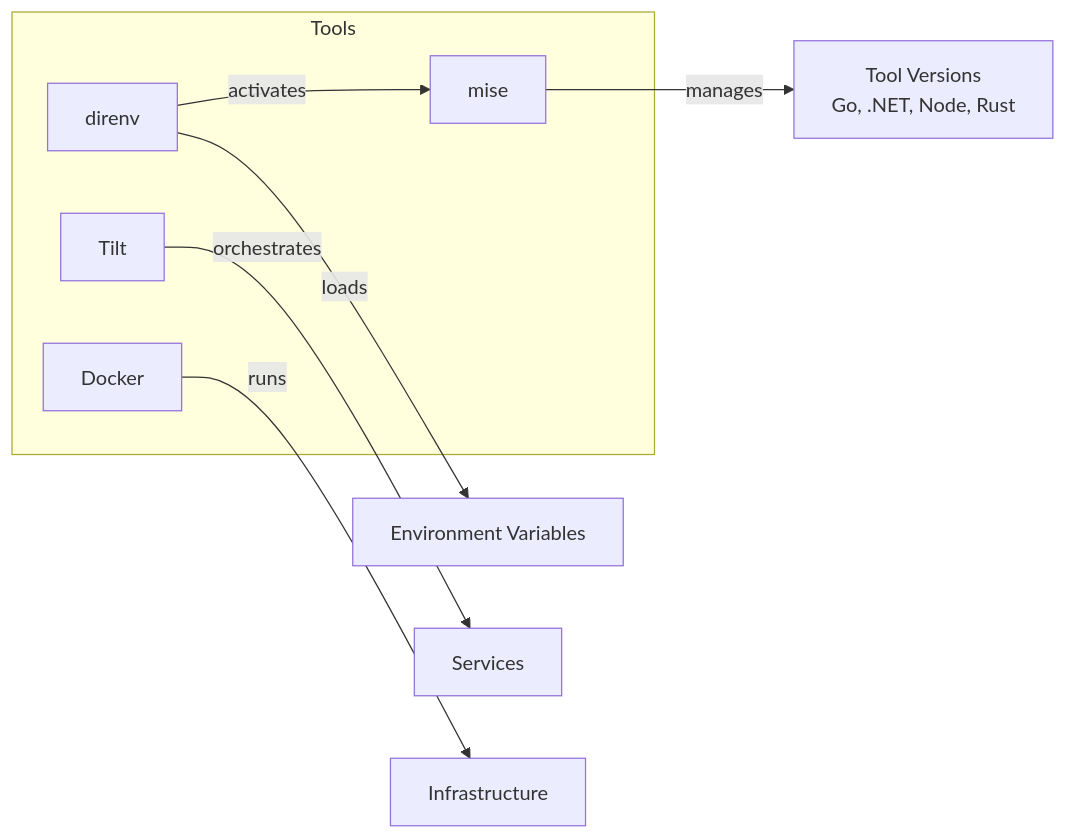
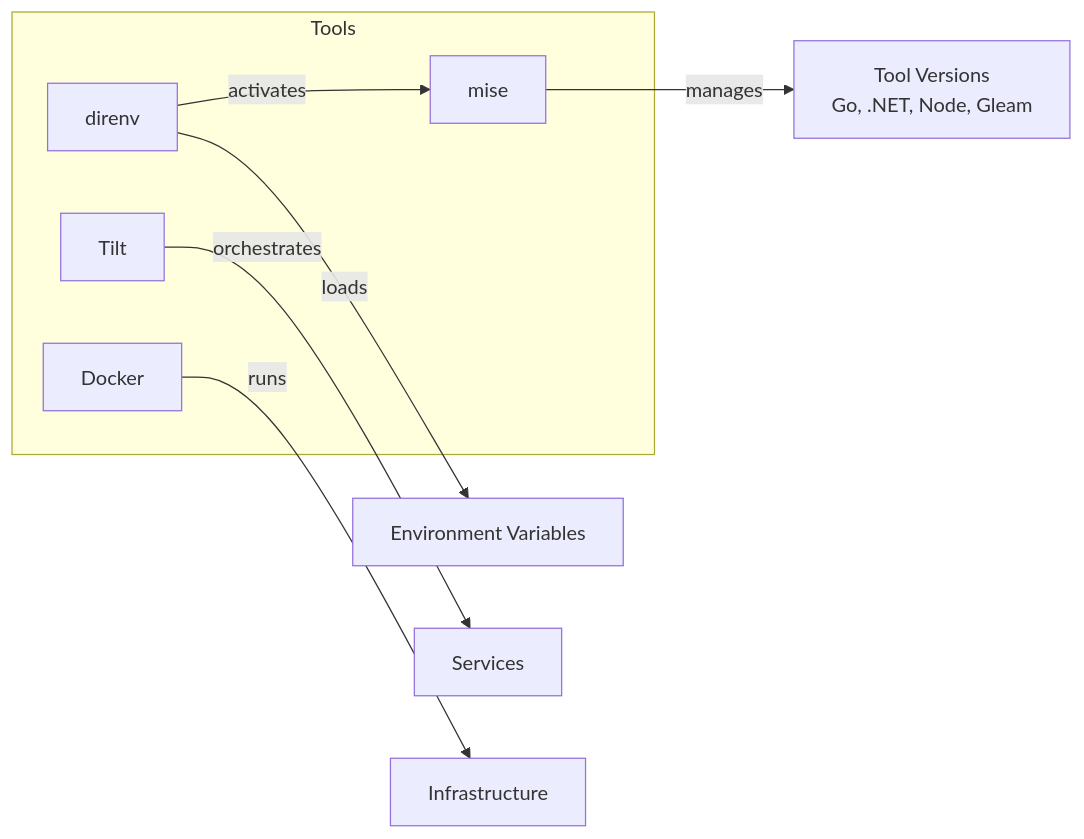
Before and after one commit to Nechja/hellArch: the first of 3 diagrams in docs/guide/development.md, drawn with Mermaid. The commit also changed other lines of this file and 254 other files, not shown here.

````diff
--- a/docs/guide/development.md
+++ b/docs/guide/development.md
@@ -7,15 +7,15 @@
 ```mermaid
 graph LR
     subgraph Tools
         MISE[mise]
         DIRENV[direnv]
         TILT[Tilt]
         DOCKER[Docker]
     end
 
-    MISE -->|manages| VERSIONS[Tool Versions<br/>Go, .NET, Node, Rust]
+    MISE -->|manages| VERSIONS[Tool Versions<br/>Go, .NET, Node, Gleam]
     DIRENV -->|loads| ENV[Environment Variables]
     DIRENV -->|activates| MISE
     TILT -->|orchestrates| SERVICES[Services]
     DOCKER -->|runs| INFRA[Infrastructure]
 ```
````
